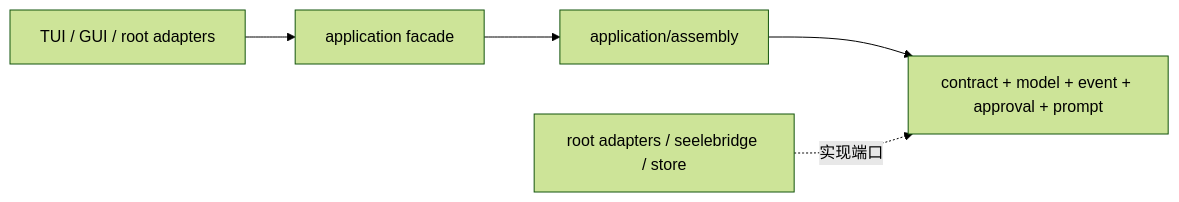
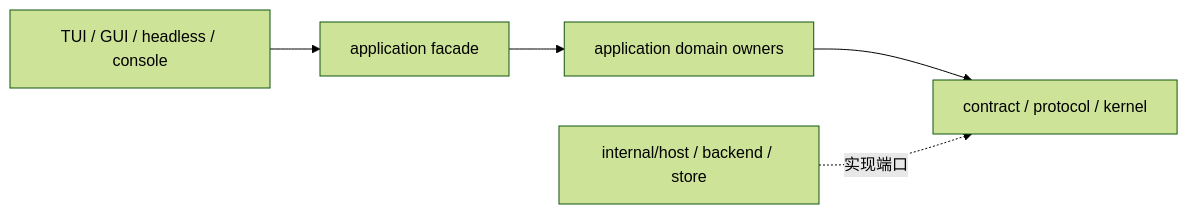
The fifth of 5 diagrams in application/README.md (RedHuang-0622/seelex), drawn with Mermaid (forest theme) before and after one commit. The commit also changed other lines of this file and 183 other files, not shown here.

````diff
--- a/application/README.md
+++ b/application/README.md
@@ -892,7 +904,7 @@
 ```mermaid
 flowchart LR
-    FE["TUI / GUI / root adapters"] --> FAC["application facade"]
-    FAC --> CORE["application/assembly"]
-    CORE --> SIDE["contract + model + event + approval + prompt"]
-    IMPL["root adapters / seelebridge / store"] -.->|实现端口| SIDE
+    FE["TUI / GUI / headless / console"] --> FAC["application facade"]
+    FAC --> CORE["application domain owners"]
+    CORE --> SIDE["contract / protocol / kernel"]
+    IMPL["internal/host / backend / store"] -.->|实现端口| SIDE
 ```
````
